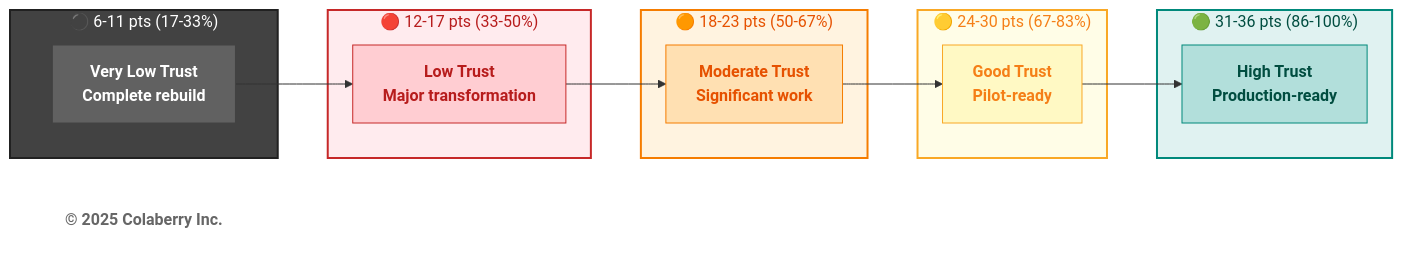
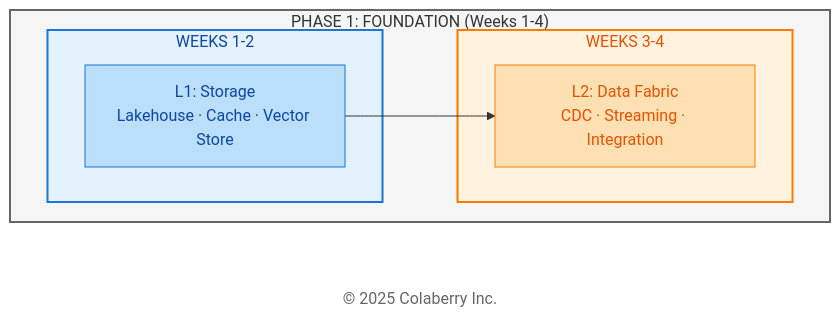
The third of 8 diagrams in manuscript/11_chapter_10_week_by_week_implementation.md (saitejesh-cyber/trust-before-intelligence-book), drawn with Mermaid before and after one commit. The commit also changed other lines of this file, not shown here.

````diff
--- a/manuscript/11_chapter_10_week_by_week_implementation.md
+++ b/manuscript/11_chapter_10_week_by_week_implementation.md
@@ -190,38 +196,26 @@
 ```mermaid
+
 graph LR
-    subgraph VERYLOW["⚫ 6-11 pts (17-33%)"]
-        VL["<b>Very Low Trust</b><br/><b>Complete rebuild</b>"]
+    subgraph PHASE1["PHASE 1: FOUNDATION (Weeks 1-4)"]
+        direction LR
+        subgraph WEEK12["WEEKS 1-2"]
+            L1["L1: Storage<br/>Lakehouse · Cache · Vector Store"]
+        end
+        
+        subgraph WEEK34["WEEKS 3-4"]
+            L2["L2: Data Fabric<br/>CDC · Streaming · Integration"]
+        end
     end
     
-    subgraph LOW["🔴 12-17 pts (33-50%)"]
-        L["<b>Low Trust</b><br/><b>Major transformation</b>"]
-    end
+    Copyright["© 2025 Colaberry Inc."]
     
-    subgraph MOD["🟠 18-23 pts (50-67%)"]
-        M["<b>Moderate Trust</b><br/><b>Significant work</b>"]
-    end
+    L1 --> L2
     
-    subgraph GOOD["🟡 24-30 pts (67-83%)"]
-        G["<b>Good Trust</b><br/><b>Pilot-ready</b>"]
-    end
-    
-    subgraph HIGH["🟢 31-36 pts (86-100%)"]
-        H["<b>High Trust</b><br/><b>Production-ready</b>"]
-    end
-    
-    VL --> L --> M --> G --> H
-    
-    Copyright["<b>© 2025 Colaberry Inc.</b>"]
-    
-    style VERYLOW fill:#424242,stroke:#212121,stroke-width:2px,color:#ffffff
-    style LOW fill:#ffebee,stroke:#c62828,stroke-width:2px,color:#b71c1c
-    style MOD fill:#fff3e0,stroke:#f57c00,stroke-width:2px,color:#e65100
-    style GOOD fill:#fffde7,stroke:#f9a825,stroke-width:2px,color:#f57f17
-    style HIGH fill:#e0f2f1,stroke:#00897b,stroke-width:2px,color:#004d40
-    style VL fill:#616161,stroke:#424242,color:#ffffff
-    style L fill:#ffcdd2,stroke:#c62828,color:#b71c1c
-    style M fill:#ffe0b2,stroke:#f57c00,color:#e65100
-    style G fill:#fff9c4,stroke:#f9a825,color:#f57f17
-    style H fill:#b2dfdb,stroke:#00897b,color:#004d40
+    style PHASE1 fill:#f5f5f5,stroke:#666666,stroke-width:2px,color:#333333
+    style WEEK12 fill:#e3f2fd,stroke:#1976d2,stroke-width:2px,color:#0d47a1
+    style WEEK34 fill:#fff3e0,stroke:#f57c00,stroke-width:2px,color:#e65100
+    style L1 fill:#bbdefb,stroke:#1976d2,color:#0d47a1
+    style L2 fill:#ffe0b2,stroke:#f57c00,color:#e65100
     style Copyright fill:#ffffff,stroke:none,color:#666666
+
 ```
````
